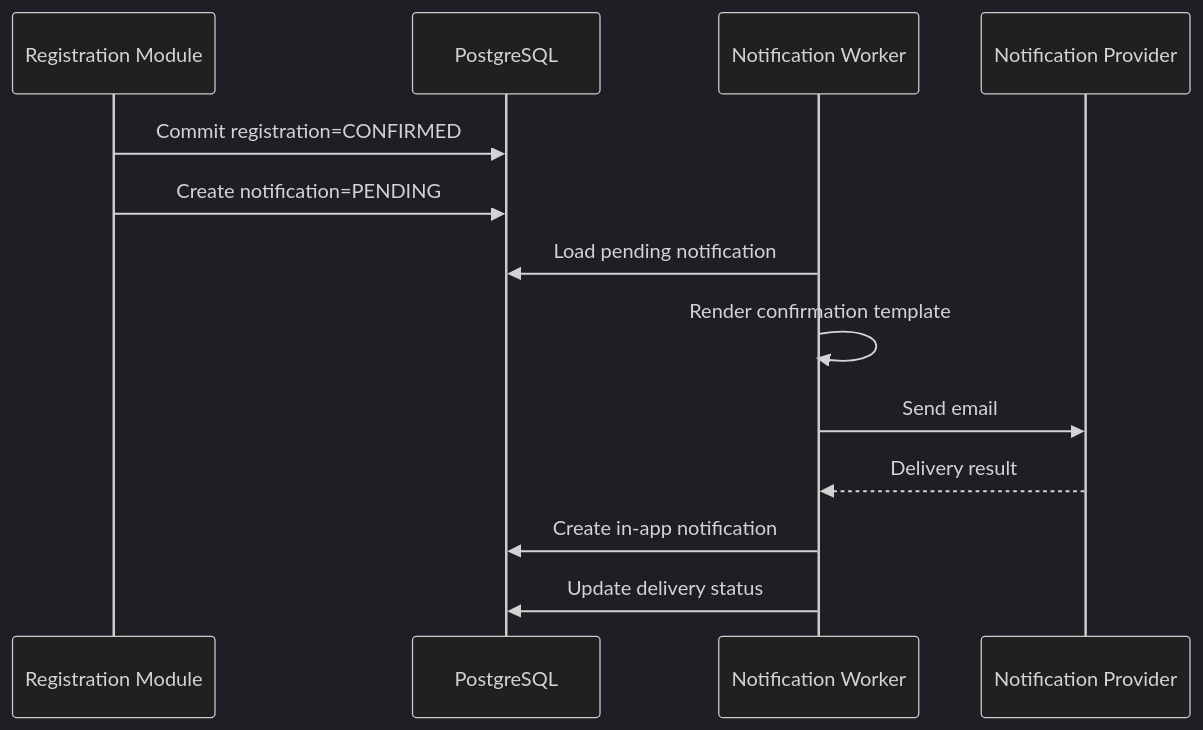
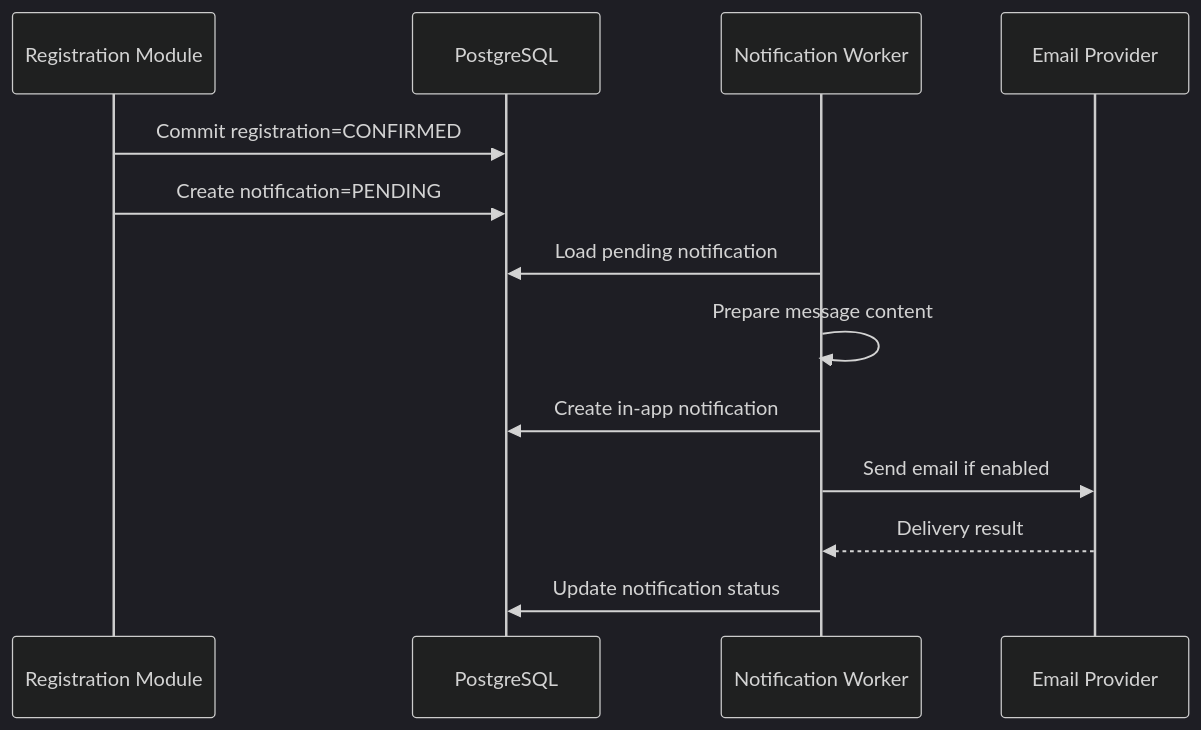
One commit to NguyenThanhTien539/unihub-workshop-system changed the first of 4 diagrams in blueprint/specs/notification.md. Above: the diagram before and after it, drawn with Mermaid (dark theme). The commit also changed other lines of this file and 8 other files, not shown here.

````diff
--- a/blueprint/specs/notification.md
+++ b/blueprint/specs/notification.md
@@ -56,16 +51,16 @@
 ```mermaid
 sequenceDiagram
     participant Reg as Registration Module
     participant DB as PostgreSQL
     participant W as Notification Worker
-    participant Provider as Notification Provider
+    participant Provider as Email Provider
 
     Reg->>DB: Commit registration=CONFIRMED
     Reg->>DB: Create notification=PENDING
     W->>DB: Load pending notification
-    W->>W: Render confirmation template
-    W->>Provider: Send email
+    W->>W: Prepare message content
+    W->>DB: Create in-app notification
+    W->>Provider: Send email if enabled
     Provider-->>W: Delivery result
-    W->>DB: Create in-app notification
-    W->>DB: Update delivery status
+    W->>DB: Update notification status
 ```
````
